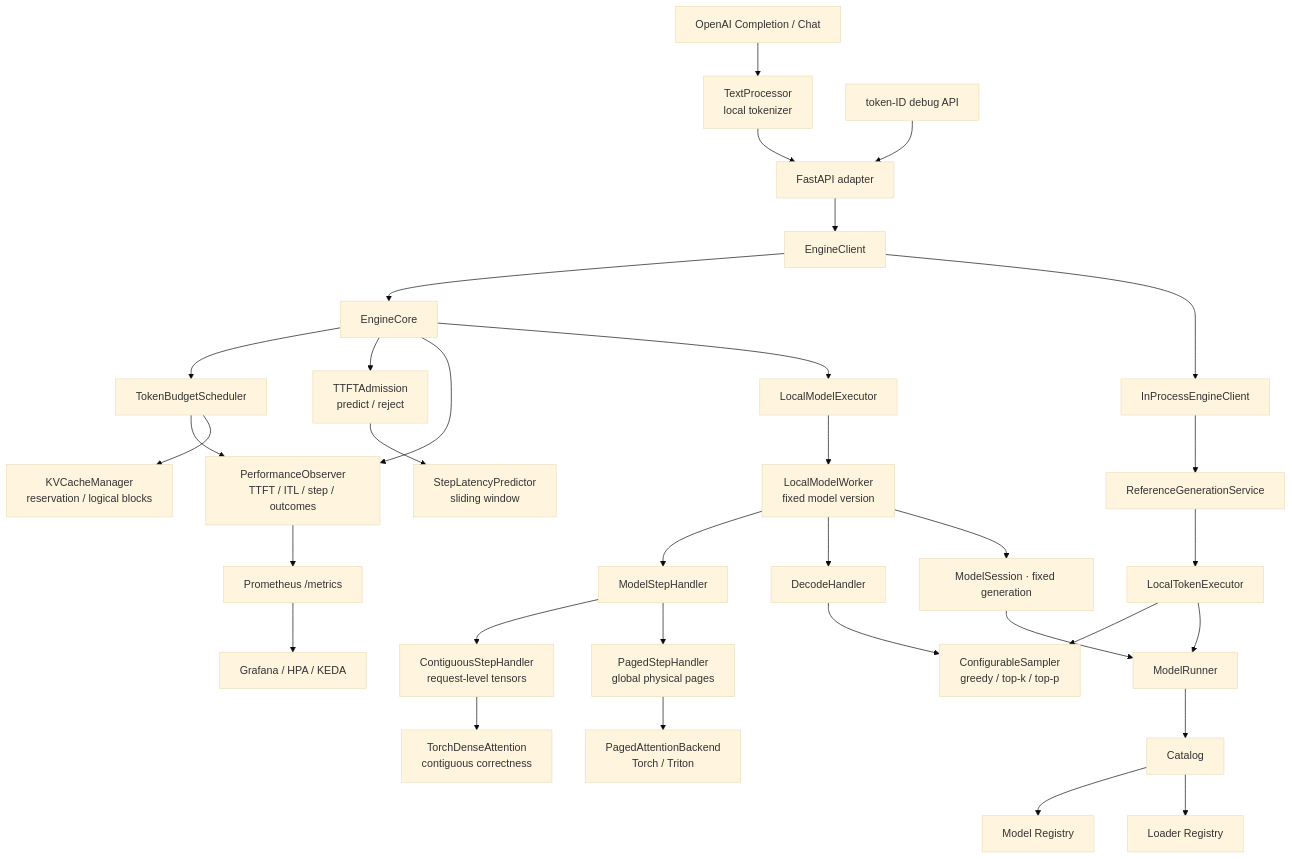
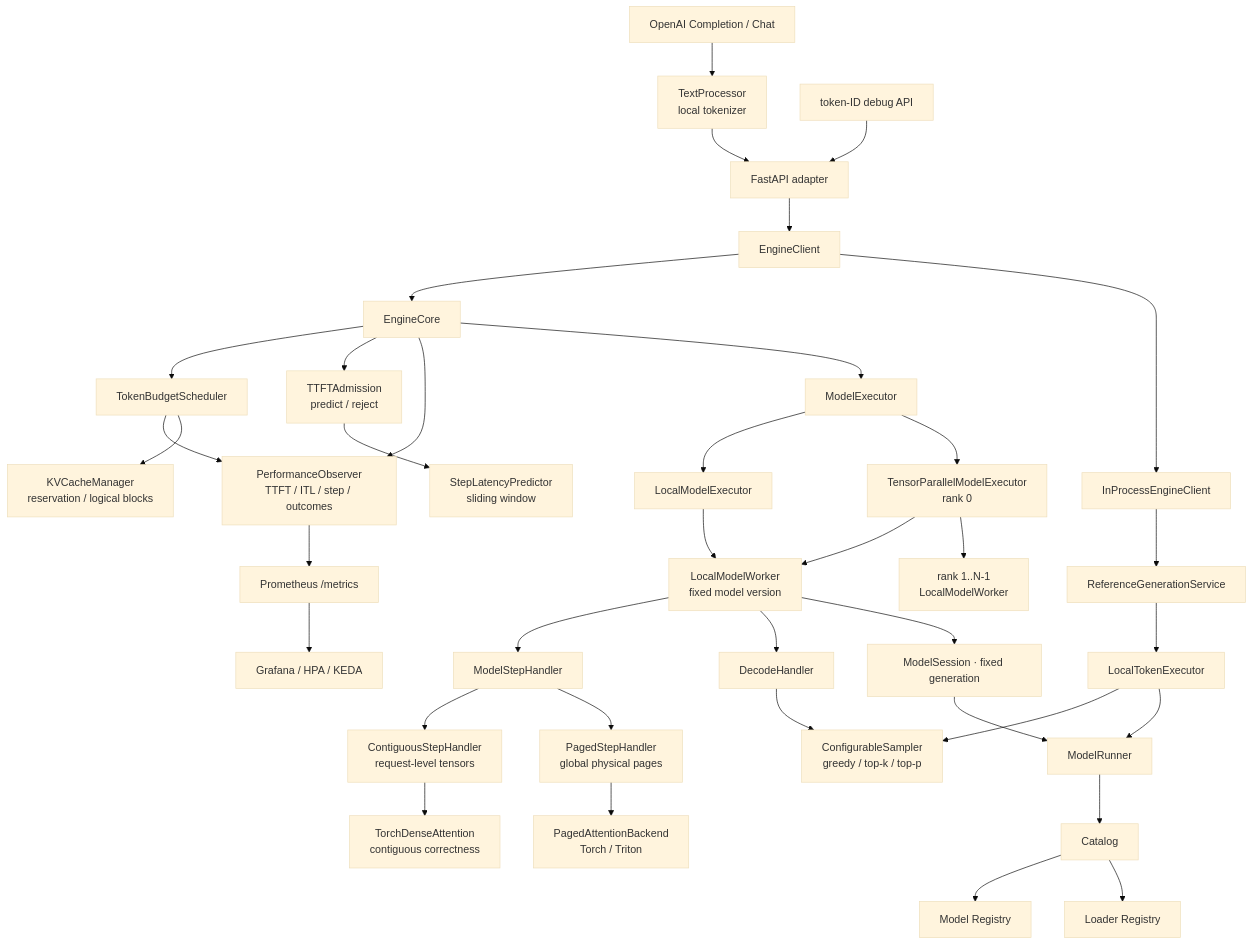
One commit to poorpaper/light-vllm changed the first of 3 diagrams in docs/design.md. Above: the diagram before and after it, drawn with Mermaid (base theme). The commit also changed other lines of this file and 4 other files, not shown here.

Commit message:
docs: record TP architecture and RTX 5090 results

````diff
--- a/docs/design.md
+++ b/docs/design.md
@@ -61,38 +62,42 @@
 ```mermaid
 flowchart TB
     OpenAI["OpenAI Completion / Chat"] --> Text["TextProcessor<br/>local tokenizer"]
     Text --> HTTP["FastAPI adapter"]
     TokenAPI["token-ID debug API"] --> HTTP
     HTTP --> Client["EngineClient"]
 
     Client --> Core["EngineCore"]
     Client --> Bridge["InProcessEngineClient"]
     Bridge --> Reference["ReferenceGenerationService"]
 
     Core --> Scheduler["TokenBudgetScheduler"]
     Core --> TTFT["TTFTAdmission<br/>predict / reject"]
     TTFT --> Predictor["StepLatencyPredictor<br/>sliding window"]
     Core --> Observer["PerformanceObserver<br/>TTFT / ITL / step / outcomes"]
     Scheduler --> Observer
     Observer --> Metrics["Prometheus /metrics"]
     Metrics --> Grafana["Grafana / HPA / KEDA"]
     Scheduler --> LogicalKV["KVCacheManager<br/>reservation / logical blocks"]
-    Core --> Executor["LocalModelExecutor"]
-    Executor --> Worker["LocalModelWorker<br/>fixed model version"]
+    Core --> Executor["ModelExecutor"]
+    Executor --> Local["LocalModelExecutor"]
+    Executor --> TP["TensorParallelModelExecutor<br/>rank 0"]
+    Local --> Worker["LocalModelWorker<br/>fixed model version"]
+    TP --> Worker
+    TP --> Remote["rank 1..N-1<br/>LocalModelWorker"]
     Worker --> Step["ModelStepHandler"]
     Worker --> Decode["DecodeHandler"]
     Step --> Contiguous["ContiguousStepHandler<br/>request-level tensors"]
     Step --> Paged["PagedStepHandler<br/>global physical pages"]
     Contiguous --> Dense["TorchDenseAttention<br/>contiguous correctness"]
     Paged --> Attention["PagedAttentionBackend<br/>Torch / Triton"]
     Decode --> Sampler["ConfigurableSampler<br/>greedy / top-k / top-p"]
     Reference --> TokenExecutor["LocalTokenExecutor"]
     TokenExecutor --> Sampler
 
     Worker --> Session["ModelSession · fixed generation"]
     Session --> Runner["ModelRunner"]
     TokenExecutor --> Runner
     Runner --> Catalog["Catalog"]
     Catalog --> Models["Model Registry"]
     Catalog --> Loaders["Loader Registry"]
 ```
````
